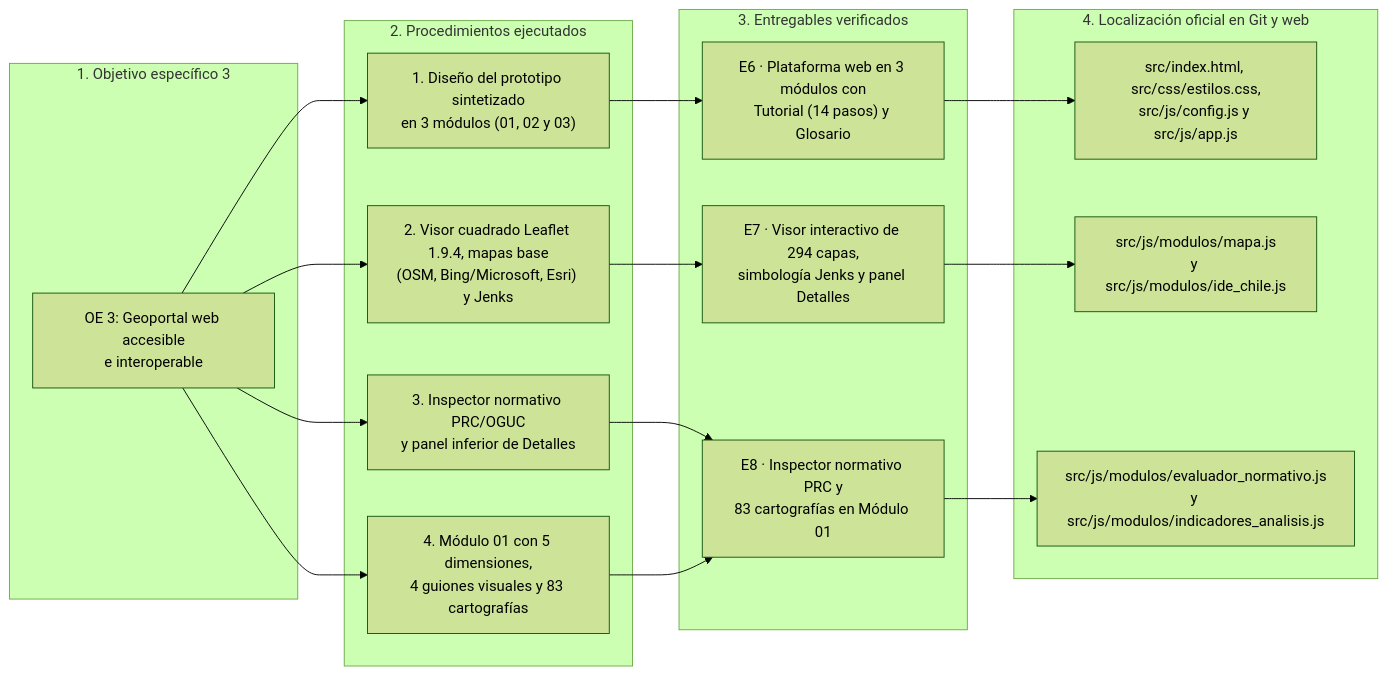
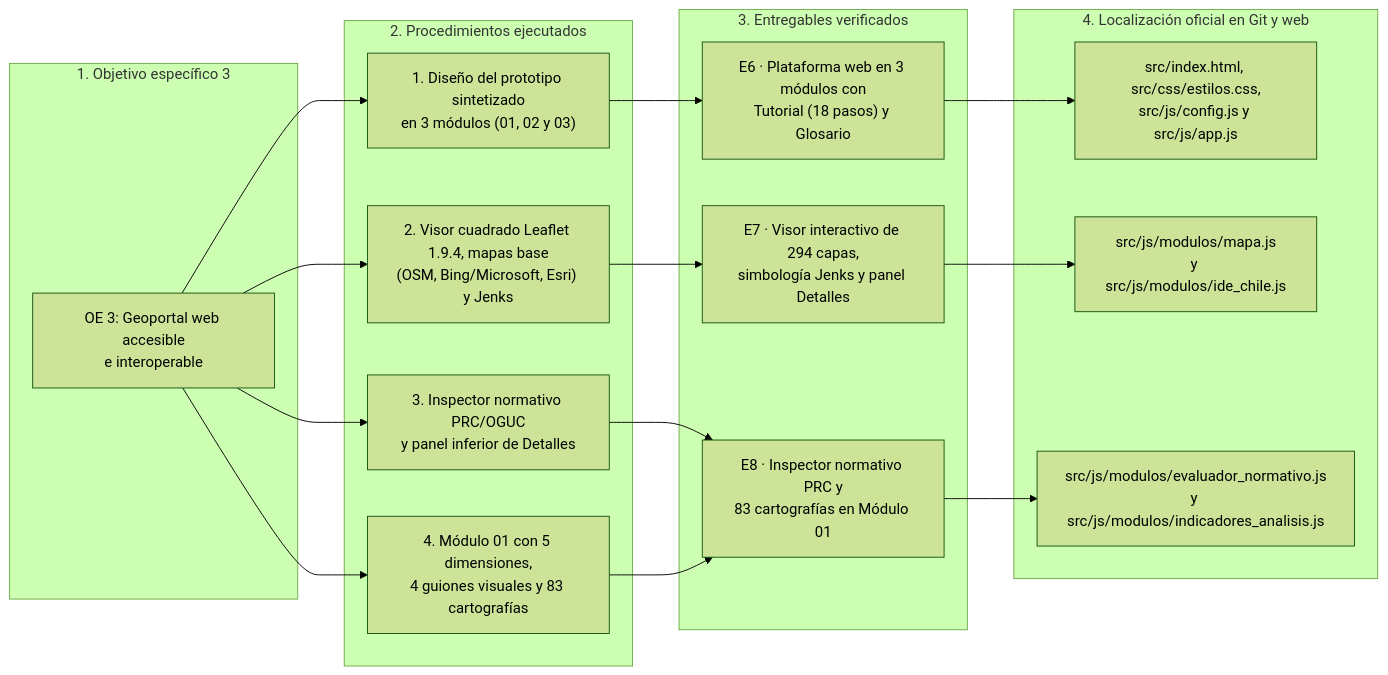
Before and after one commit to GEOJOTA/atlas-vgi-barrio-brasil: the fourth of 11 diagrams in docs/MANUAL_ACTUALIZACION_ATLAS.md, drawn with Mermaid (forest theme). The commit also changed other lines of this file and 22 other files, not shown here.

````diff
--- a/docs/MANUAL_ACTUALIZACION_ATLAS.md
+++ b/docs/MANUAL_ACTUALIZACION_ATLAS.md
@@ -256,29 +256,29 @@
 ```mermaid
 flowchart LR
     subgraph OBJ3["1. Objetivo específico 3"]
         O3["OE 3: Geoportal web accesible\ne interoperable"]
     end
 
     subgraph PROC3["2. Procedimientos ejecutados"]
         P3_1["1. Diseño del prototipo sintetizado\nen 3 módulos (01, 02 y 03)"]
         P3_2["2. Visor cuadrado Leaflet 1.9.4, mapas base\n(OSM, Bing/Microsoft, Esri) y Jenks"]
         P3_3["3. Inspector normativo PRC/OGUC\ny panel inferior de Detalles"]
         P3_4["4. Módulo 01 con 5 dimensiones,\n4 guiones visuales y 83 cartografías"]
     end
 
     subgraph PROD3["3. Entregables verificados"]
-        PR3_1["E6 · Plataforma web en 3 módulos con\nTutorial (14 pasos) y Glosario"]
+        PR3_1["E6 · Plataforma web en 3 módulos con\nTutorial (18 pasos) y Glosario"]
         PR3_2["E7 · Visor interactivo de 294 capas,\nsimbología Jenks y panel Detalles"]
         PR3_3["E8 · Inspector normativo PRC y\n83 cartografías en Módulo 01"]
     end
 
     subgraph LOC3["4. Localización oficial en Git y web"]
         L3_1["src/index.html, src/css/estilos.css,\nsrc/js/config.js y src/js/app.js"]
         L3_2["src/js/modulos/mapa.js\ny src/js/modulos/ide_chile.js"]
         L3_3["src/js/modulos/evaluador_normativo.js\ny src/js/modulos/indicadores_analisis.js"]
     end
 
     O3 --> P3_1 --> PR3_1 --> L3_1
     O3 --> P3_2 --> PR3_2 --> L3_2
     O3 --> P3_3 & P3_4 --> PR3_3 --> L3_3
 ```
````
